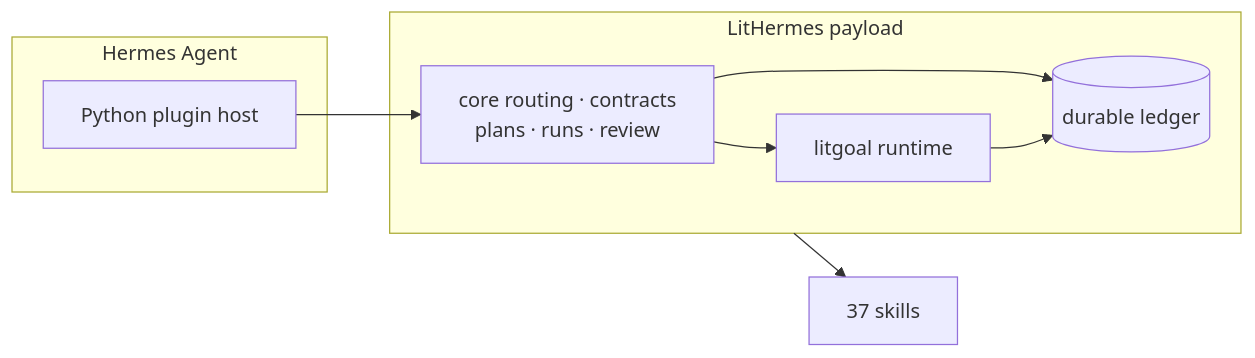
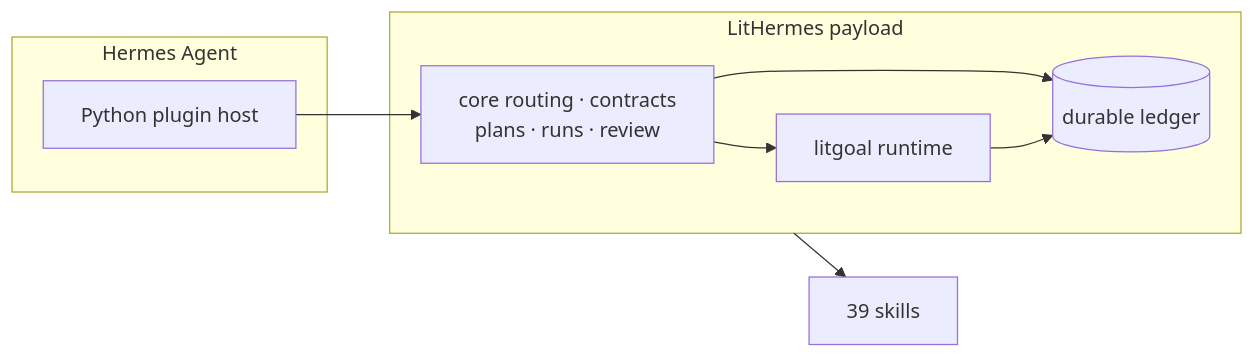
Before and after one commit to wjgoarxiv/lithermes: the second of 3 diagrams in docs/guide.ko.md, drawn with Mermaid. The commit also changed other lines of this file and 212 other files, not shown here.

````diff
--- a/docs/guide.ko.md
+++ b/docs/guide.ko.md
@@ -92,14 +92,14 @@
 ```mermaid
 flowchart LR
     subgraph HM["Hermes Agent"]
         PY["Python plugin host"]
     end
     subgraph LH["LitHermes payload"]
         CORE["core routing · contracts<br/>plans · runs · review"]
         GOAL["litgoal runtime"]
         LEDGER[("durable ledger")]
     end
     PY --> CORE --> LEDGER
     CORE --> GOAL --> LEDGER
-    LH --> S["37 skills"]
+    LH --> S["39 skills"]
 ```
````
